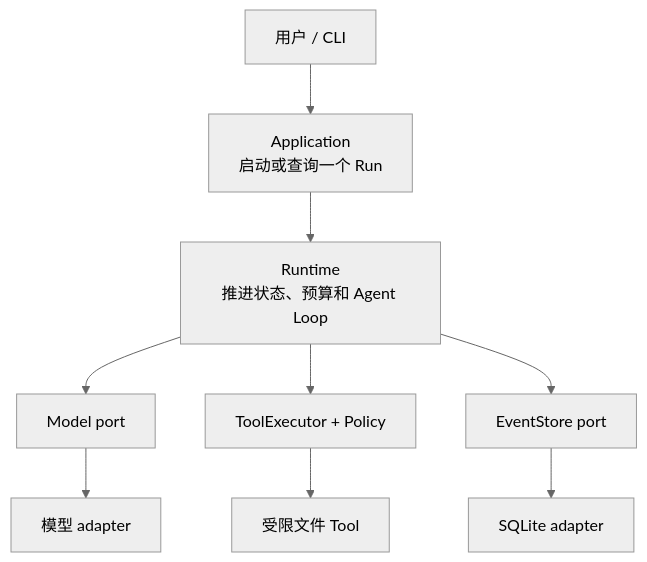
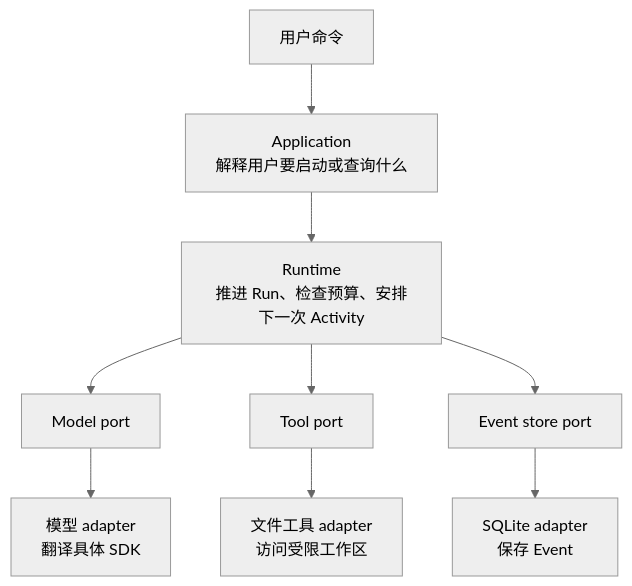
Before and after one commit to CherryYang05/BearAgent: the diagram in site/src/content/docs/zh-cn/architecture/index.md, drawn with Mermaid (neutral theme). The commit also changed other lines of this file and 28 other files, not shown here.

````diff
--- a/site/src/content/docs/zh-cn/architecture/index.md
+++ b/site/src/content/docs/zh-cn/architecture/index.md
@@ -21,11 +29,11 @@
 ```mermaid
 flowchart TB
-    U["用户 / CLI"] --> APP["Application\n启动或查询一个 Run"]
-    APP --> RT["Runtime\n推进状态、预算和 Agent Loop"]
-    RT --> MP["Model port"]
-    RT --> TE["ToolExecutor + Policy"]
-    RT --> ES["EventStore port"]
-    MP --> MA["模型 adapter"]
-    TE --> FT["受限文件 Tool"]
-    ES --> SA["SQLite adapter"]
+    U["用户命令"] --> A["Application<br/>解释用户要启动或查询什么"]
+    A --> R["Runtime<br/>推进 Run、检查预算、安排下一次 Activity"]
+    R --> MP["Model port"]
+    R --> TP["Tool port"]
+    R --> EP["Event store port"]
+    MP --> MA["模型 adapter<br/>翻译具体 SDK"]
+    TP --> TA["文件工具 adapter<br/>访问受限工作区"]
+    EP --> SA["SQLite adapter<br/>保存 Event"]
 ```
````
